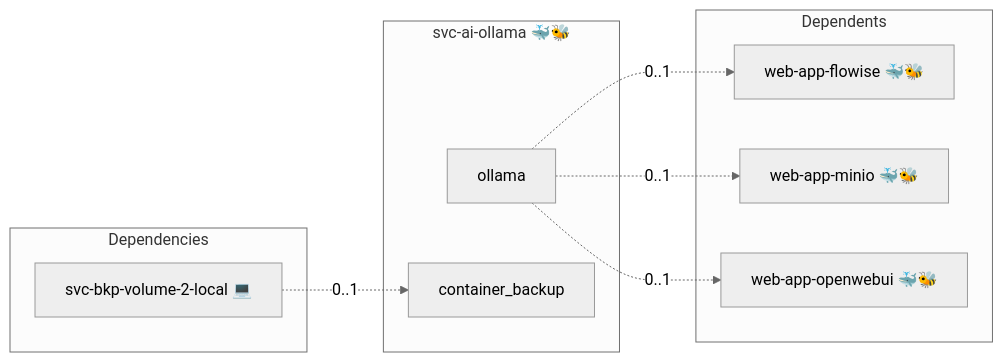
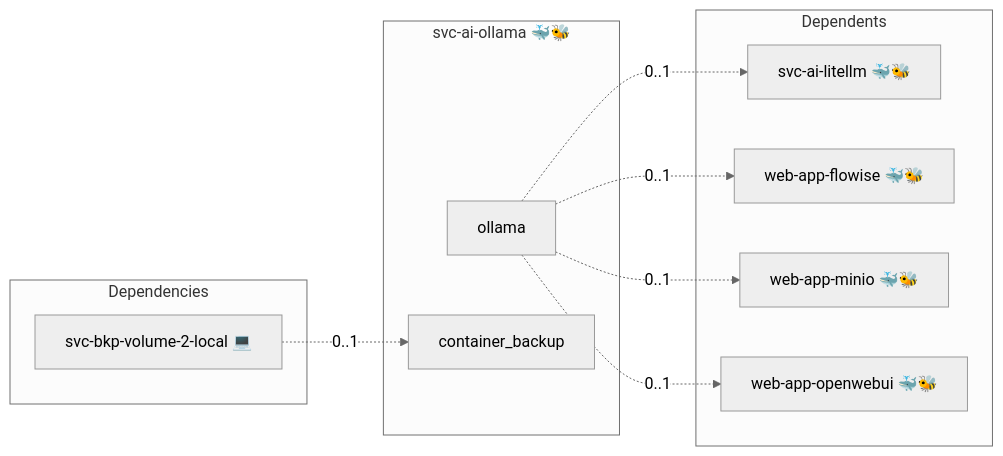
The diagram in roles/svc-ai-ollama/README.md (infinito-nexus/core), drawn with Mermaid (neutral theme) before and after one commit. The commit also changed 13 other files, not shown here.

````diff
--- a/roles/svc-ai-ollama/README.md
+++ b/roles/svc-ai-ollama/README.md
@@ -15,19 +15,21 @@
 ```mermaid
 flowchart LR
     subgraph deps [Dependencies]
         dep_svc_bkp_volume_2_local["svc-bkp-volume-2-local 💻"]
     end
     subgraph role [svc-ai-ollama 🐳🐝]
         svc_ollama["ollama"]
         svc_container_backup["container_backup"]
     end
     subgraph dependents [Dependents]
+        dpt_svc_ai_litellm["svc-ai-litellm 🐳🐝"]
         dpt_web_app_flowise["web-app-flowise 🐳🐝"]
         dpt_web_app_minio["web-app-minio 🐳🐝"]
         dpt_web_app_openwebui["web-app-openwebui 🐳🐝"]
     end
     dep_svc_bkp_volume_2_local -. "0..1" .-> svc_container_backup
+    svc_ollama -. "0..1" .-> dpt_svc_ai_litellm
     svc_ollama -. "0..1" .-> dpt_web_app_flowise
     svc_ollama -. "0..1" .-> dpt_web_app_minio
     svc_ollama -. "0..1" .-> dpt_web_app_openwebui
 ```
````
